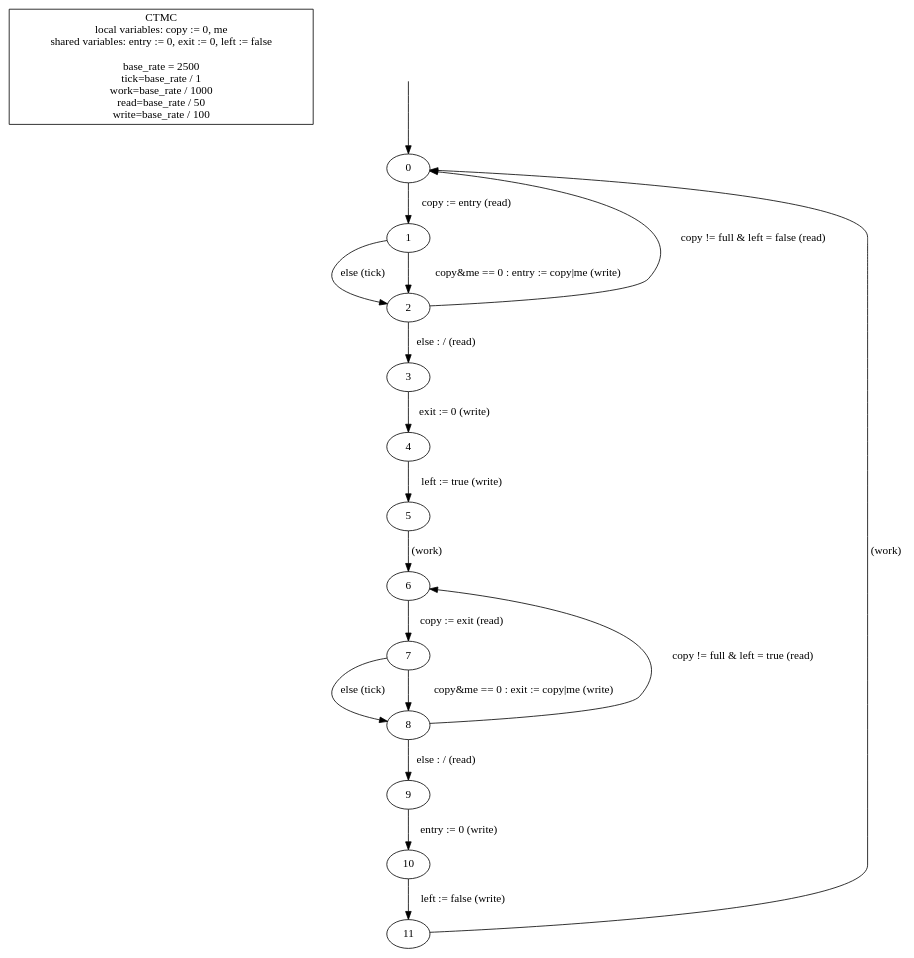
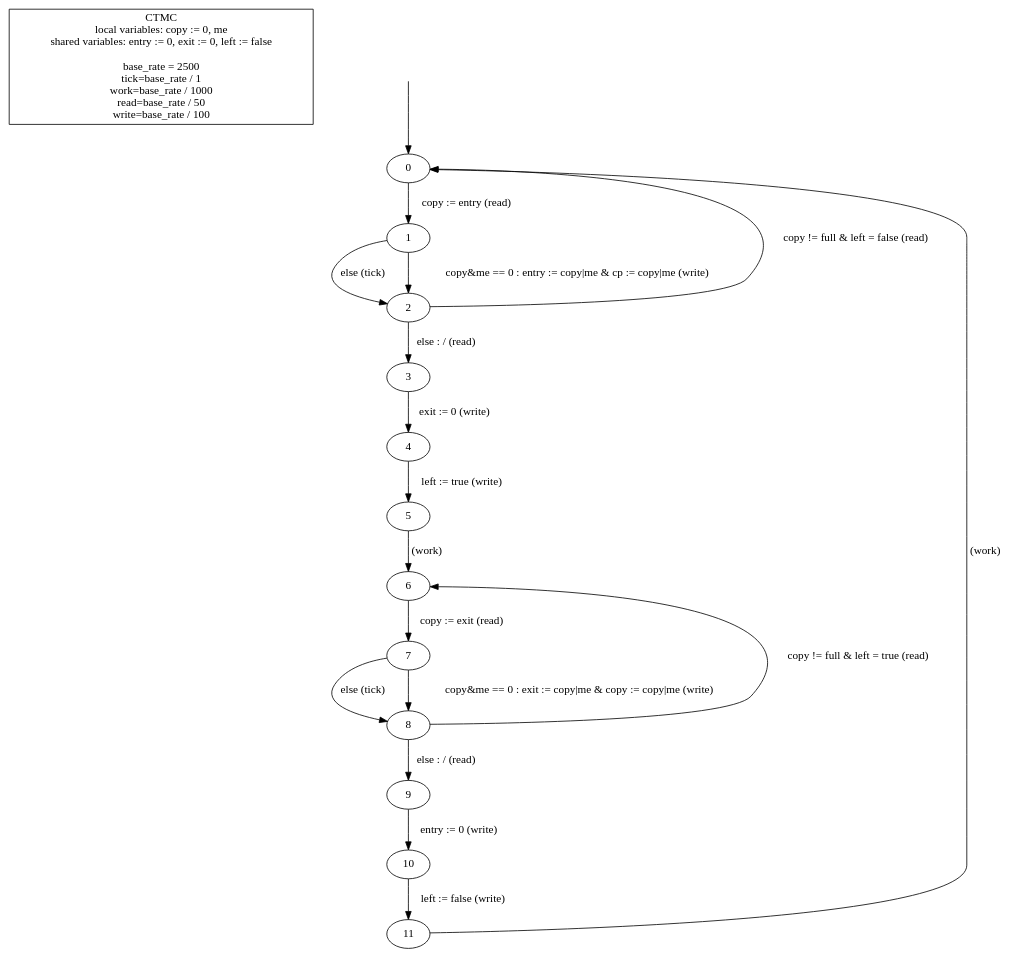
Before and after one commit to hydroo/minor-thesis-barriers: the diagram in barrier-attempt/model-prism-ctmc/model.dot, drawn with Graphviz. The commit also changed 1 other file, not shown here.

```diff
--- a/barrier-attempt/model-prism-ctmc/model.dot
+++ b/barrier-attempt/model-prism-ctmc/model.dot
@@ -1,29 +1,29 @@
 digraph {
 
 	"CTMC\nlocal variables: copy := 0, me\nshared variables: entry := 0, exit := 0, left := false\n\nbase_rate = 2500\ntick=base_rate / 1\nwork=base_rate / 1000\nread=base_rate / 50\nwrite=base_rate / 100" [nojustify=true, shape=box]
 
 	initial_state_source [style=invis]
 	initial_state_source -> "0"
 
 	"0" -> "1" [weight=10, label="copy := entry (read)"]
 	"1" -> "2" [label="else (tick)"]
-	"1" -> "2" [weight=10, label="copy&me == 0 : entry := copy|me (write)"]
+	"1" -> "2" [weight=10, label="copy&me == 0 : entry := copy|me & cp := copy|me (write)"]
 
 	"2" -> "0" [label="copy != full & left = false (read)"]
 	"2" -> "3" [weight=10, label="else : / (read)"]
 	"3" -> "4" [weight=10, label="exit := 0 (write)"]
 	"4" -> "5" [weight=10, label="left := true (write)"]
 
 	"5" -> "6" [weight=10, label="(work)"]
 
 	"6" -> "7" [weight=10, label="copy := exit (read)"]
 	"7" -> "8" [label="else (tick)"]
-	"7" -> "8" [weight=10, label="copy&me == 0 : exit := copy|me (write)"]
+	"7" -> "8" [weight=10, label="copy&me == 0 : exit := copy|me & copy := copy|me (write)"]
 
 	"8" -> "6" [label="copy != full & left = true (read)"]
 	"8" -> "9" [weight=10, label="else : / (read)"]
 	"9" -> "10" [weight=10, label="entry := 0 (write)"]
 	"10" -> "11" [weight=10, label="left := false (write)"]
 
 	"11" -> "0" [label="(work)"]
 }
```
